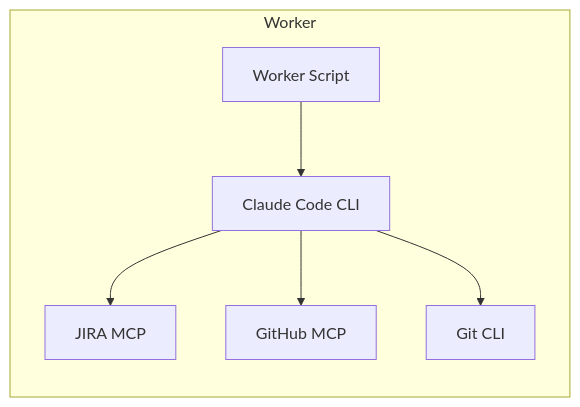
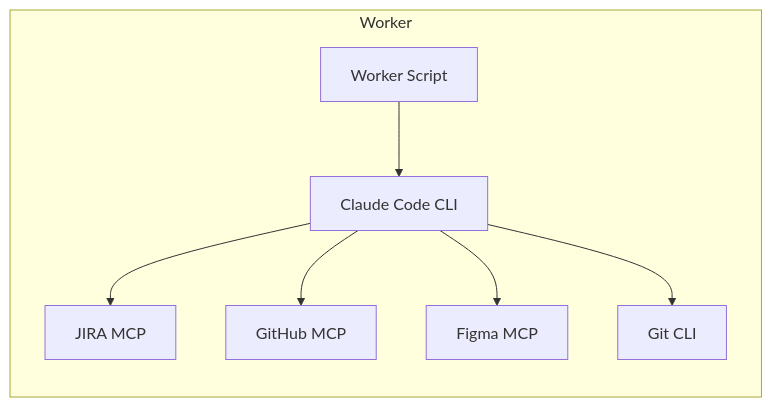
One commit to mappedin-dev/mapthew changed the third of 7 diagrams in docs/architecture.md. Above: the diagram before and after it, drawn with Mermaid. The commit also changed other lines of this file and 18 other files, not shown here.

````diff
--- a/docs/architecture.md
+++ b/docs/architecture.md
@@ -90,15 +95,17 @@
 ```mermaid
 flowchart LR
     subgraph Worker
         SCRIPT["Worker Script"]
         CLI["Claude Code CLI"]
         JIRA_MCP["JIRA MCP"]
         GH_MCP["GitHub MCP"]
+        FIGMA_MCP["Figma MCP"]
         GIT["Git CLI"]
     end
 
     SCRIPT --> CLI
     CLI --> JIRA_MCP
     CLI --> GH_MCP
+    CLI --> FIGMA_MCP
     CLI --> GIT
 ```
````
